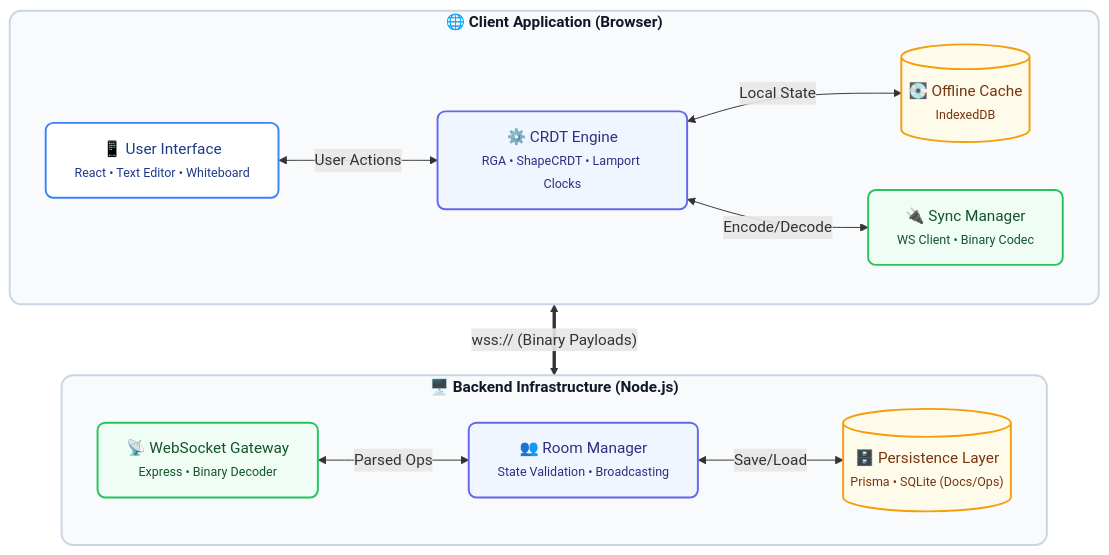
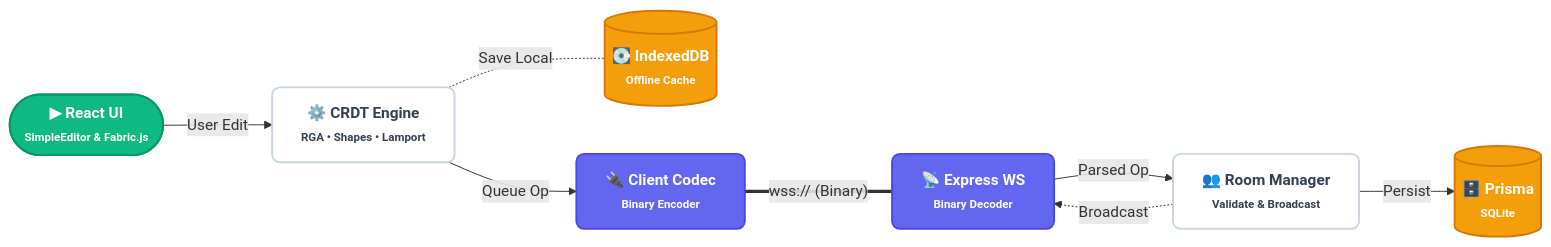
One commit to thapasubashb/Canvas_Sync changed the diagram in README.md. Above: the diagram before and after it, drawn with Mermaid.

Commit message:
created  an architure look

````diff
--- a/README.md
+++ b/README.md
@@ -10,46 +10,39 @@
 ```mermaid
-flowchart TD
-    %% 1. Define Modern, Corporate Styles
-    classDef boundary fill:#f8fafc,stroke:#cbd5e1,stroke-width:2px,rx:12px,color:#0f172a,font-weight:bold
-    classDef ui fill:#ffffff,stroke:#3b82f6,stroke-width:2px,rx:8px,color:#1e3a8a
-    classDef core fill:#eff6ff,stroke:#6366f1,stroke-width:2px,rx:8px,color:#312e81
-    classDef network fill:#f0fdf4,stroke:#22c55e,stroke-width:2px,rx:8px,color:#14532d
-    classDef storage fill:#fffbeb,stroke:#f59e0b,stroke-width:2px,rx:8px,color:#78350f
+flowchart LR
+    %% n8n-style Theme Configuration
+    classDef trigger fill:#10b981,stroke:#059669,stroke-width:2px,color:#ffffff,rx:30px,font-weight:bold
+    classDef logic fill:#ffffff,stroke:#cbd5e1,stroke-width:2px,color:#334155,rx:8px,font-weight:bold
+    classDef network fill:#6366f1,stroke:#4f46e5,stroke-width:2px,color:#ffffff,rx:8px,font-weight:bold
+    classDef database fill:#f59e0b,stroke:#d97706,stroke-width:2px,color:#ffffff,rx:8px,font-weight:bold
 
-    %% 2. Client Architecture
-    subgraph Client ["🌐 Client Application (Browser)"]
-        direction LR
-        
-        UI["📱 User Interface<br/><span style='font-size:13px;font-weight:normal;color:#475569'>React • Text Editor • Whiteboard</span>"]:::ui
-        
-        CRDT["⚙️ CRDT Engine<br/><span style='font-size:13px;font-weight:normal;color:#475569'>RGA • ShapeCRDT • Lamport Clocks</span>"]:::core
-        
-        Sync["🔌 Sync Manager<br/><span style='font-size:13px;font-weight:normal;color:#475569'>WS Client • Binary Codec</span>"]:::network
-        
-        IDB[("💽 Offline Cache<br/><span style='font-size:13px;font-weight:normal;color:#475569'>IndexedDB</span>")]:::storage
-        
-        UI <-->|User Actions| CRDT
-        CRDT <-->|Local State| IDB
-        CRDT <-->|Encode/Decode| Sync
-    end
+    %% 1. Nodes definition
+    UI(["▶ React UI<br/><span style='font-size:12px;font-weight:normal'>SimpleEditor & Fabric.js</span>"]):::trigger
+    
+    CRDT["⚙️ CRDT Engine<br/><span style='font-size:12px;font-weight:normal'>RGA • Shapes • Lamport</span>"]:::logic
+    
+    IDB[("💽 IndexedDB<br/><span style='font-size:12px;font-weight:normal'>Offline Cache</span>")]:::database
+    
+    ClientWS["🔌 Client Codec<br/><span style='font-size:12px;font-weight:normal'>Binary Encoder</span>"]:::network
+    
+    ServerWS["📡 Express WS<br/><span style='font-size:12px;font-weight:normal'>Binary Decoder</span>"]:::network
+    
+    Rooms["👥 Room Manager<br/><span style='font-size:12px;font-weight:normal'>Validate & Broadcast</span>"]:::logic
+    
+    DB[("🗄️ Prisma<br/><span style='font-size:12px;font-weight:normal'>SQLite</span>")]:::database
 
-    %% 3. Server Architecture
-    subgraph Server ["🖥️ Backend Infrastructure (Node.js)"]
-        direction LR
-        
-        Gateway["📡 WebSocket Gateway<br/><span style='font-size:13px;font-weight:normal;color:#475569'>Express • Binary Decoder</span>"]:::network
-        
-        Rooms["👥 Room Manager<br/><span style='font-size:13px;font-weight:normal;color:#475569'>State Validation • Broadcasting</span>"]:::core
-        
-        DB[("🗄️ Persistence Layer<br/><span style='font-size:13px;font-weight:normal;color:#475569'>Prisma • SQLite (Docs/Ops)</span>")]:::storage
-        
-        Gateway <-->|Parsed Ops| Rooms
-        Rooms <-->|Save/Load| DB
-    end
-
-    %% 4. Network Link
-    Sync <==>|"wss:// (Binary Payloads)"| Gateway
+    %% 2. The Linear n8n-style Flow
+    UI -->|"User Edit"| CRDT
     
-    %% Apply bounding box style
-    class Client,Server boundary
+    %% Split the flow cleanly
+    CRDT -.-|"Save Local"| IDB
+    CRDT -->|"Queue Op"| ClientWS
+    
+    %% The main network bridge
+    ClientWS ===|"wss:// (Binary)"| ServerWS
+    
+    %% Server processing
+    ServerWS -->|"Parsed Op"| Rooms
+    
+    Rooms -->|"Persist"| DB
+    Rooms -.->|"Broadcast"| ServerWS
 ```
````
